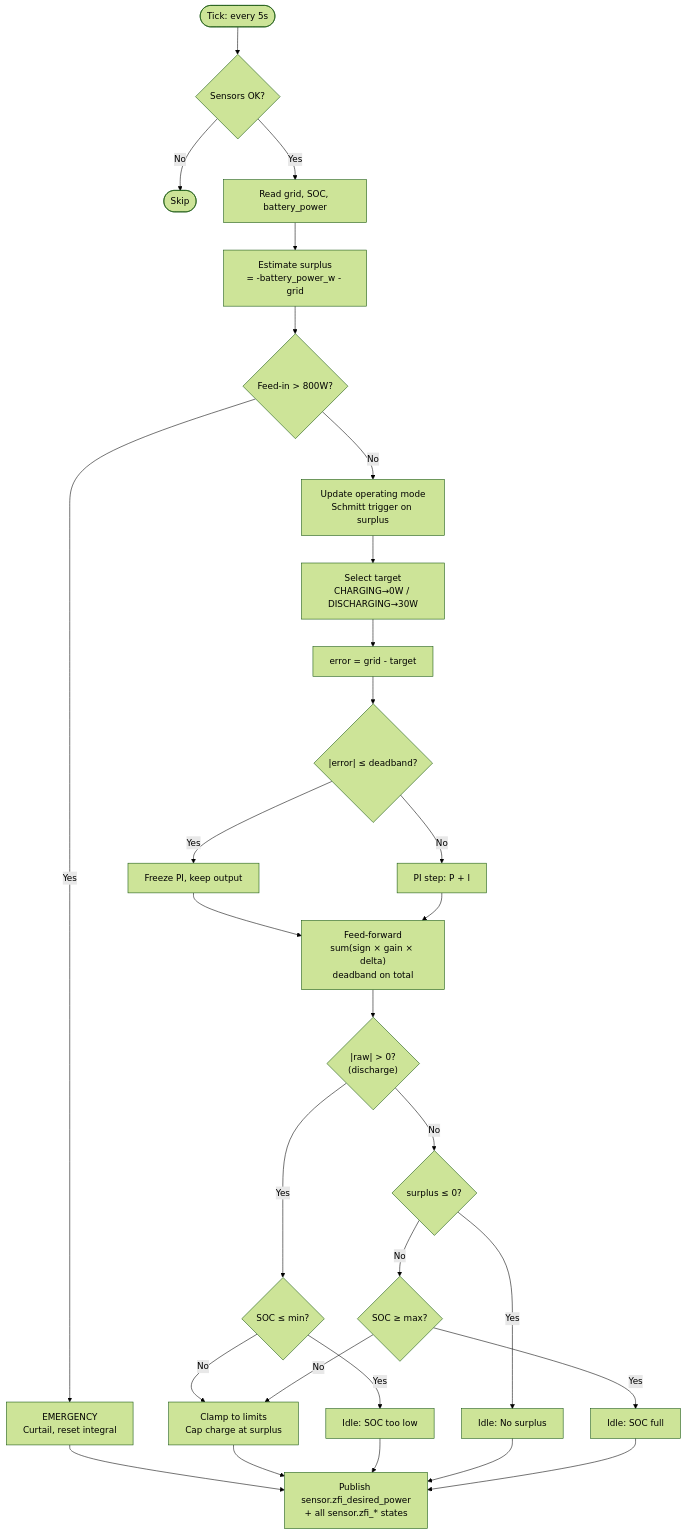
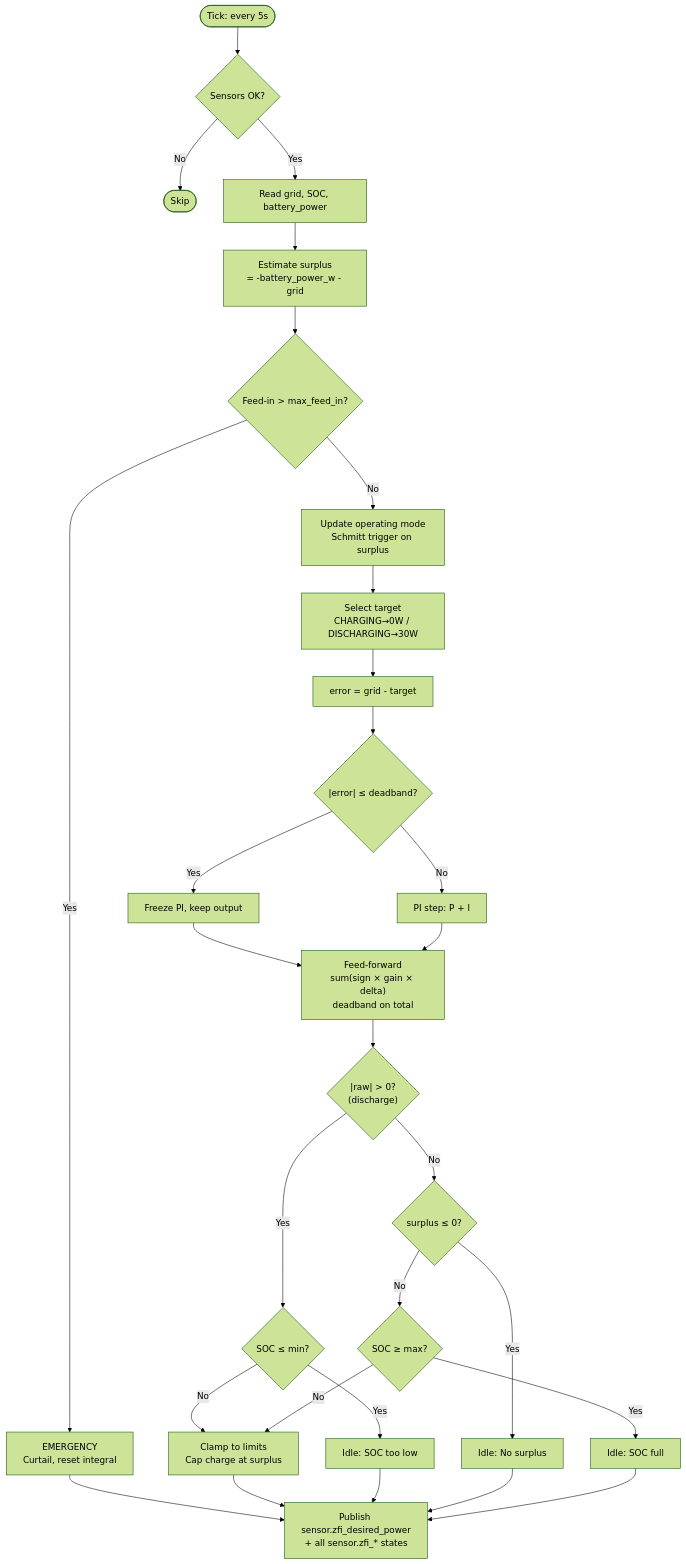
The first of 3 diagrams in docs/zero_feed_in_docs.md (steffenruehl/ha-zero-feed-in), drawn with Mermaid (forest theme) before and after one commit. The commit also changed other lines of this file, not shown here.

````diff
--- a/docs/zero_feed_in_docs.md
+++ b/docs/zero_feed_in_docs.md
@@ -529,43 +535,43 @@
 ```mermaid
 flowchart TD
     A([Tick: every 5s]) --> B{Sensors OK?}
     B -- No --> Z([Skip])
     B -- Yes --> C[Read grid, SOC, battery_power]
 
     C --> D["Estimate surplus<br>= -battery_power_w - grid"]
 
-    D --> E{Feed-in > 800W?}
+    D --> E{Feed-in > max_feed_in?}
     E -- Yes --> F["EMERGENCY<br>Curtail, reset integral"]
     F --> PUB
 
     E -- No --> G[Update operating mode<br>Schmitt trigger on surplus]
     G --> H[Select target<br>CHARGING→0W / DISCHARGING→30W]
     H --> I["error = grid - target"]
 
     I --> J{"|error| ≤ deadband?"}
     J -- Yes --> K3["Freeze PI, keep output"]
     J -- No --> L["PI step: P + I"]
 
     K3 --> FF
     L --> FF["Feed-forward<br>sum(sign × gain × delta)<br>deadband on total"]
 
     FF --> N{"|raw| > 0?<br>(discharge)"}
     N -- Yes --> O{SOC ≤ min?}
     O -- Yes --> P["Idle: SOC too low"]
     O -- No --> CL
 
     N -- No --> R{surplus ≤ 0?}
     R -- Yes --> S["Idle: No surplus"]
     R -- No --> T{SOC ≥ max?}
     T -- Yes --> U["Idle: SOC full"]
     T -- No --> CL
 
     CL["Clamp to limits<br>Cap charge at surplus"]
 
     CL --> PUB
     P --> PUB
     S --> PUB
     U --> PUB
 
     PUB["Publish sensor.zfi_desired_power<br>+ all sensor.zfi_* states"]
 ```
````
